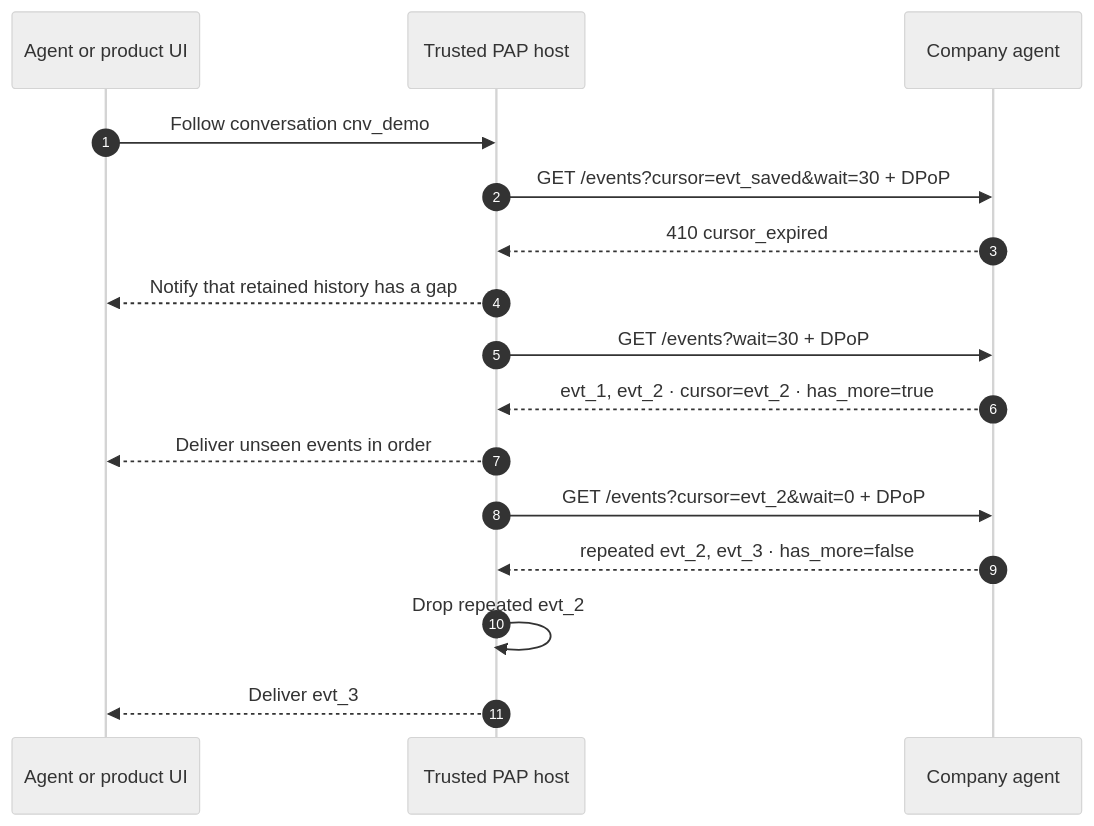
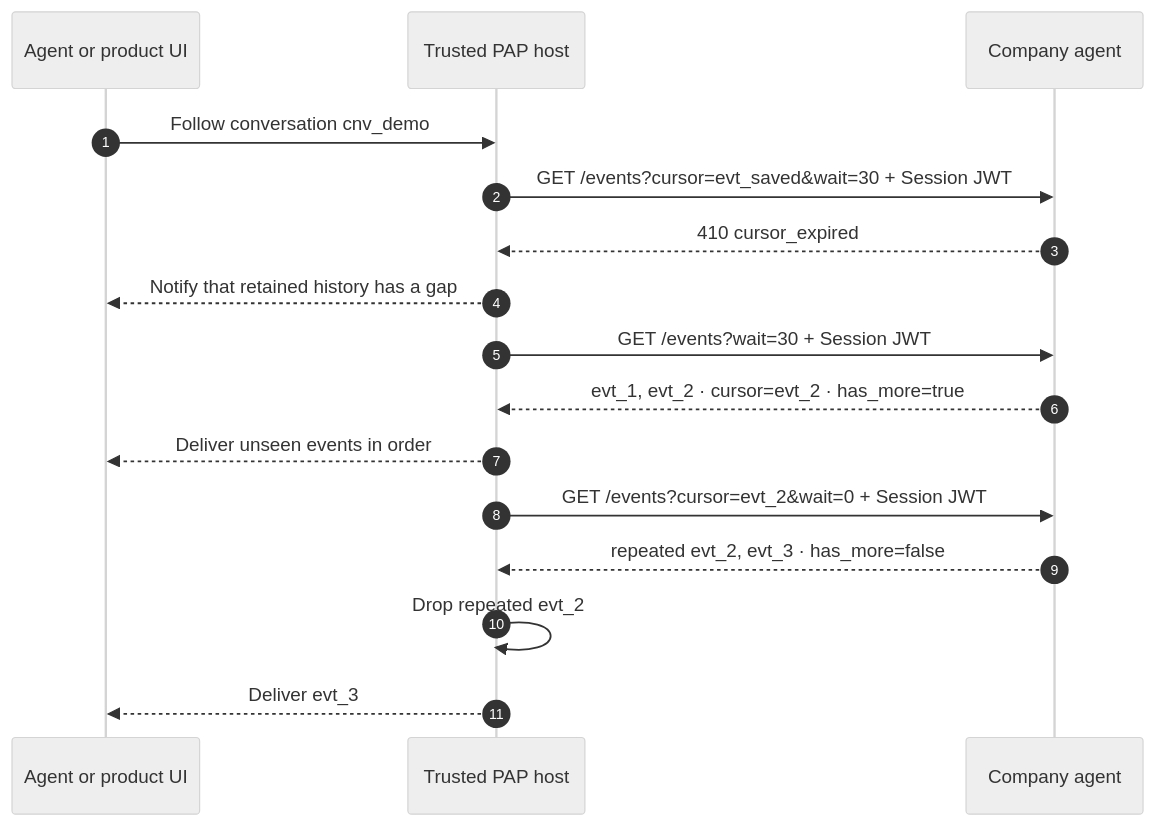
Before and after one commit to datalayer/personal-agent-protocol: the diagram in docs/docs/examples/conversation-events.mdx, drawn with Mermaid (neutral theme). The commit also changed other lines of this file and 36 other files, not shown here.

Commit message:
Docs: the example pages and decks at draft 0.3, Sessions as a local sid, refresh tokens, the browser join by /authorize and Operations v2, with the session-jwt, session-transport and delegation decks renamed from their old names

````diff
--- a/docs/docs/examples/conversation-events.mdx
+++ b/docs/docs/examples/conversation-events.mdx
@@ -19,18 +19,18 @@
 ```mermaid
 sequenceDiagram
   autonumber
   participant A as Agent or product UI
   participant H as Trusted PAP host
   participant C as Company agent
   A->>H: Follow conversation cnv_demo
-  H->>C: GET /events?cursor=evt_saved&wait=30 + DPoP
+  H->>C: GET /events?cursor=evt_saved&wait=30 + Session JWT
   C-->>H: 410 cursor_expired
   H-->>A: Notify that retained history has a gap
-  H->>C: GET /events?wait=30 + DPoP
+  H->>C: GET /events?wait=30 + Session JWT
   C-->>H: evt_1, evt_2 · cursor=evt_2 · has_more=true
   H-->>A: Deliver unseen events in order
-  H->>C: GET /events?cursor=evt_2&wait=0 + DPoP
+  H->>C: GET /events?cursor=evt_2&wait=0 + Session JWT
   C-->>H: repeated evt_2, evt_3 · has_more=false
   H->>H: Drop repeated evt_2
   H-->>A: Deliver evt_3
 ```
````
